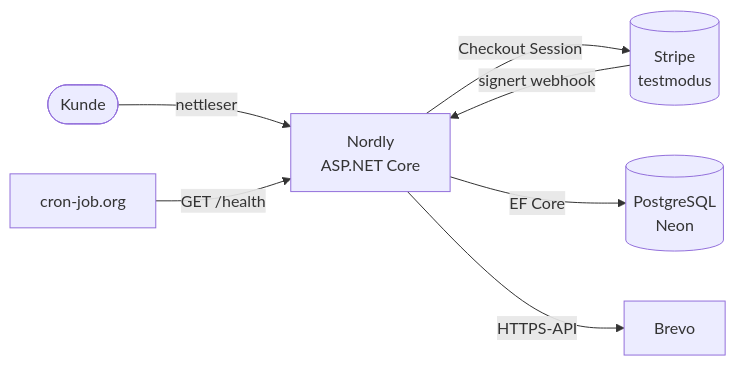
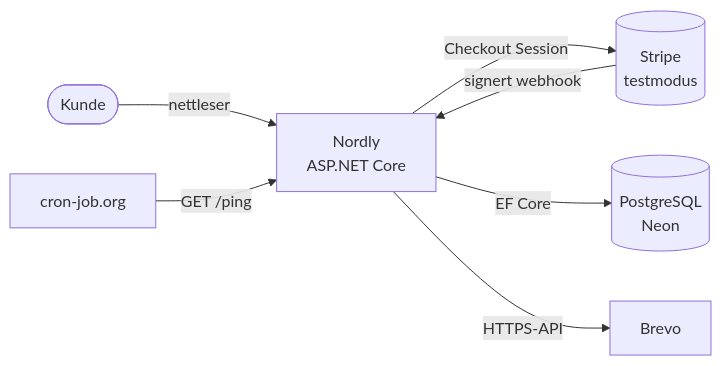
The first of 6 diagrams in docs/ARCHITECTURE.md (Khhashi/Nordly), drawn with Mermaid before and after one commit. The commit also changed other lines of this file and 1 other file, not shown here.

Commit message:
Legg til /ping for cron-job.org uten databasekall (#377)

````diff
--- a/docs/ARCHITECTURE.md
+++ b/docs/ARCHITECTURE.md
@@ -40,9 +40,9 @@
 ```mermaid
 flowchart LR
     Kunde([Kunde]) -->|nettleser| Nordly[Nordly<br/>ASP.NET Core]
     Nordly -->|Checkout Session| Stripe[(Stripe<br/>testmodus)]
     Stripe -->|signert webhook| Nordly
     Nordly -->|EF Core| DB[(PostgreSQL<br/>Neon)]
     Nordly -->|HTTPS-API| Mail[Brevo]
-    Cron[cron-job.org] -->|GET /health| Nordly
+    Cron[cron-job.org] -->|GET /ping| Nordly
 ```
````
